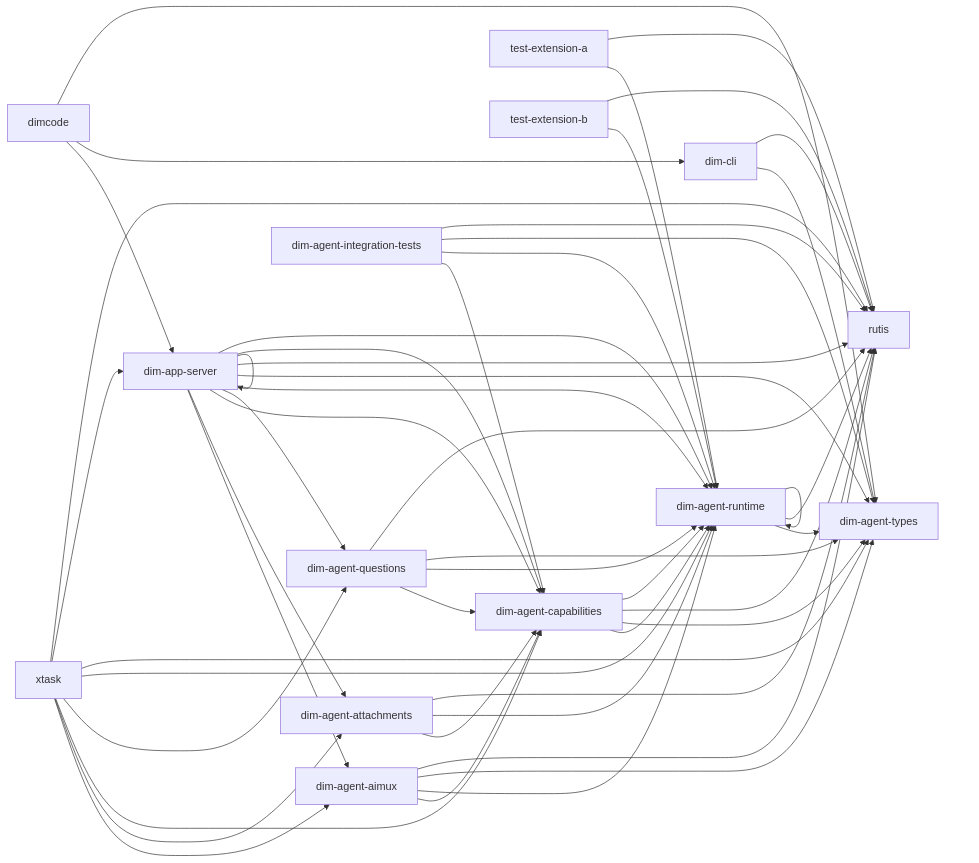
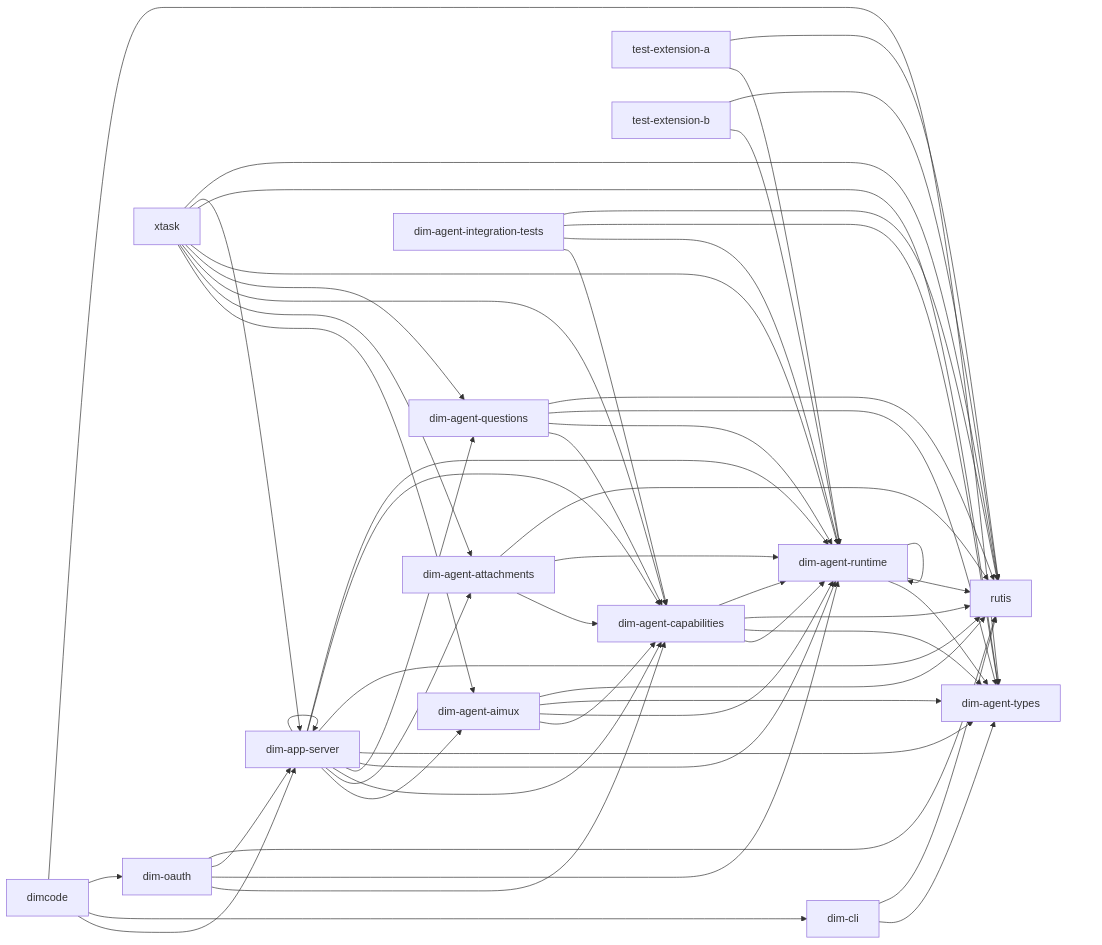
One commit to CoutinhoTTS/dim-agent changed the diagram in docs/architecture/rust-agent/generated/crates.mmd. Above: the diagram before and after it, drawn with Mermaid. The commit also changed 31 other files, not shown here.

```diff
--- a/docs/architecture/rust-agent/generated/crates.mmd
+++ b/docs/architecture/rust-agent/generated/crates.mmd
@@ -1,51 +1,56 @@
 %% Generated from cargo metadata; do not edit.
 flowchart LR
   dim_agent_runtime["dim-agent-runtime"] --> dim_agent_types["dim-agent-types"]
   dim_agent_runtime["dim-agent-runtime"] --> rutis["rutis"]
   dim_agent_runtime["dim-agent-runtime"] --> dim_agent_runtime["dim-agent-runtime"]
   dim_agent_capabilities["dim-agent-capabilities"] --> dim_agent_runtime["dim-agent-runtime"]
   dim_agent_capabilities["dim-agent-capabilities"] --> dim_agent_types["dim-agent-types"]
   dim_agent_capabilities["dim-agent-capabilities"] --> rutis["rutis"]
   dim_agent_capabilities["dim-agent-capabilities"] --> dim_agent_runtime["dim-agent-runtime"]
   dim_agent_aimux["dim-agent-aimux"] --> dim_agent_capabilities["dim-agent-capabilities"]
   dim_agent_aimux["dim-agent-aimux"] --> dim_agent_runtime["dim-agent-runtime"]
   dim_agent_aimux["dim-agent-aimux"] --> dim_agent_types["dim-agent-types"]
   dim_agent_aimux["dim-agent-aimux"] --> rutis["rutis"]
   dim_agent_attachments["dim-agent-attachments"] --> dim_agent_capabilities["dim-agent-capabilities"]
   dim_agent_attachments["dim-agent-attachments"] --> dim_agent_runtime["dim-agent-runtime"]
   dim_agent_attachments["dim-agent-attachments"] --> rutis["rutis"]
   dim_agent_questions["dim-agent-questions"] --> dim_agent_capabilities["dim-agent-capabilities"]
   dim_agent_questions["dim-agent-questions"] --> dim_agent_runtime["dim-agent-runtime"]
   dim_agent_questions["dim-agent-questions"] --> dim_agent_types["dim-agent-types"]
   dim_agent_questions["dim-agent-questions"] --> rutis["rutis"]
   dim_app_server["dim-app-server"] --> dim_agent_aimux["dim-agent-aimux"]
   dim_app_server["dim-app-server"] --> dim_agent_attachments["dim-agent-attachments"]
   dim_app_server["dim-app-server"] --> dim_agent_capabilities["dim-agent-capabilities"]
   dim_app_server["dim-app-server"] --> dim_agent_questions["dim-agent-questions"]
   dim_app_server["dim-app-server"] --> dim_agent_runtime["dim-agent-runtime"]
   dim_app_server["dim-app-server"] --> dim_agent_types["dim-agent-types"]
   dim_app_server["dim-app-server"] --> rutis["rutis"]
   dim_app_server["dim-app-server"] --> dim_agent_capabilities["dim-agent-capabilities"]
   dim_app_server["dim-app-server"] --> dim_agent_runtime["dim-agent-runtime"]
   dim_app_server["dim-app-server"] --> dim_app_server["dim-app-server"]
   dim_cli["dim-cli"] --> dim_agent_types["dim-agent-types"]
   dim_cli["dim-cli"] --> rutis["rutis"]
+  dim_oauth["dim-oauth"] --> dim_agent_capabilities["dim-agent-capabilities"]
+  dim_oauth["dim-oauth"] --> dim_agent_runtime["dim-agent-runtime"]
+  dim_oauth["dim-oauth"] --> dim_app_server["dim-app-server"]
+  dim_oauth["dim-oauth"] --> rutis["rutis"]
   dimcode["dimcode"] --> dim_app_server["dim-app-server"]
   dimcode["dimcode"] --> dim_cli["dim-cli"]
+  dimcode["dimcode"] --> dim_oauth["dim-oauth"]
   dimcode["dimcode"] --> dim_agent_types["dim-agent-types"]
   xtask["xtask"] --> dim_agent_aimux["dim-agent-aimux"]
   xtask["xtask"] --> dim_agent_attachments["dim-agent-attachments"]
   xtask["xtask"] --> dim_agent_capabilities["dim-agent-capabilities"]
   xtask["xtask"] --> dim_agent_questions["dim-agent-questions"]
   xtask["xtask"] --> dim_agent_runtime["dim-agent-runtime"]
   xtask["xtask"] --> dim_agent_types["dim-agent-types"]
   xtask["xtask"] --> dim_app_server["dim-app-server"]
   xtask["xtask"] --> rutis["rutis"]
   test_extension_a["test-extension-a"] --> dim_agent_runtime["dim-agent-runtime"]
   test_extension_a["test-extension-a"] --> rutis["rutis"]
   test_extension_b["test-extension-b"] --> dim_agent_runtime["dim-agent-runtime"]
   test_extension_b["test-extension-b"] --> rutis["rutis"]
   dim_agent_integration_tests["dim-agent-integration-tests"] --> dim_agent_capabilities["dim-agent-capabilities"]
   dim_agent_integration_tests["dim-agent-integration-tests"] --> dim_agent_runtime["dim-agent-runtime"]
   dim_agent_integration_tests["dim-agent-integration-tests"] --> dim_agent_types["dim-agent-types"]
   dim_agent_integration_tests["dim-agent-integration-tests"] --> rutis["rutis"]
```
